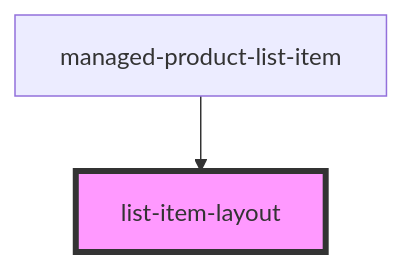
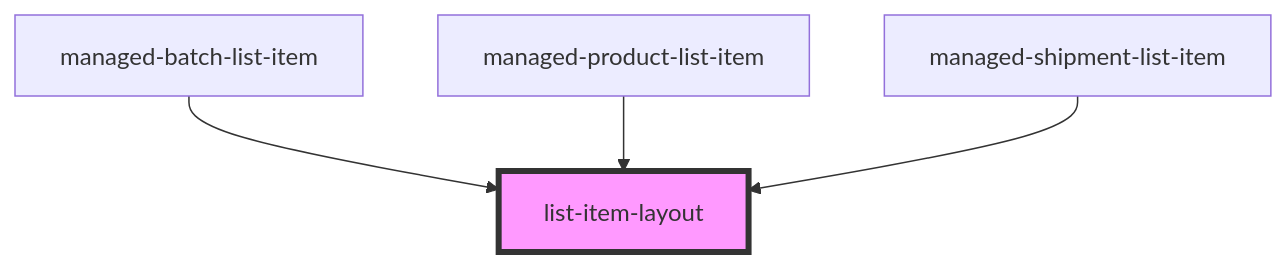
The diagram in pdm-web-components/src/components/list-item-layout/readme.md (PharmaLedger-IMI/fgt-workspace), drawn with Mermaid before and after one commit. The commit also changed other lines of this file and 129 other files, not shown here.

````diff
--- a/pdm-web-components/src/components/list-item-layout/readme.md
+++ b/pdm-web-components/src/components/list-item-layout/readme.md
@@ -25,5 +27,7 @@
 ```mermaid
 graph TD;
+  managed-batch-list-item --> list-item-layout
   managed-product-list-item --> list-item-layout
+  managed-shipment-list-item --> list-item-layout
   style list-item-layout fill:#f9f,stroke:#333,stroke-width:4px
 ```
````
